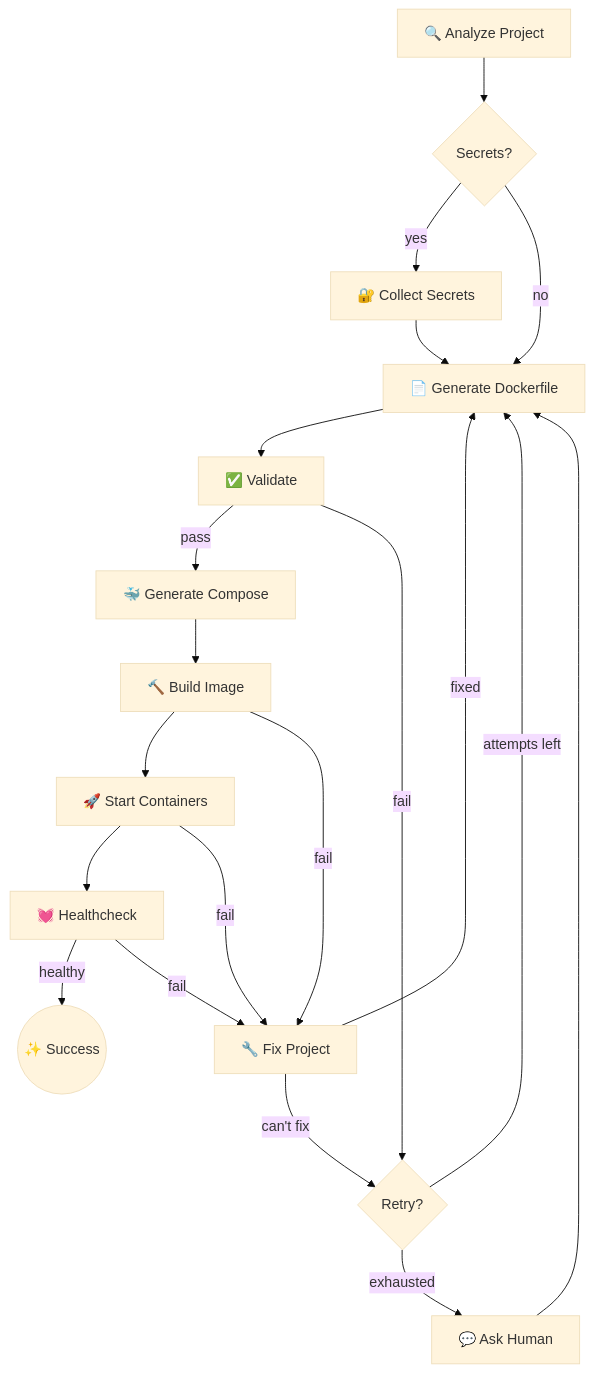
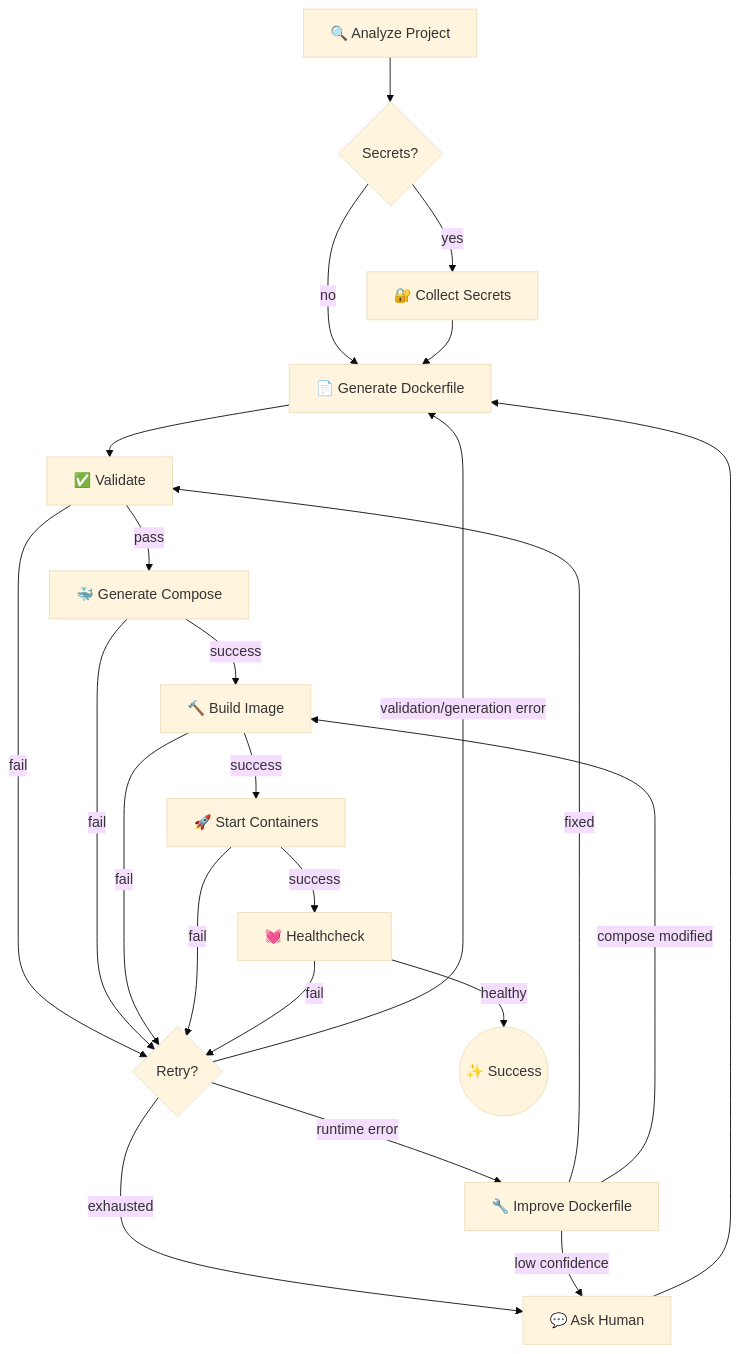
Before and after one commit to wunderlabs-dev/wunderunner: the diagram in README.md, drawn with Mermaid (base theme). The commit also changed other lines of this file, not shown here.

Commit message:
Update workflow diagram to match current implementation
- Add Validate node between Dockerfile and Services
- Show all failure paths going through RetryOrHint
- Add ImproveDockerfile node for runtime error handling
- Show conditional routing (compose modified → Build, else → Validate)
- Update Runtime Healing section to describe ImproveDockerfile agent

🤖 Generated with [Claude Code](https://claude.com/claude-code)

````diff
--- a/README.md
+++ b/README.md
@@ -57,26 +57,29 @@
 ```mermaid
 flowchart TD
     Analyze[🔍 Analyze Project] --> secrets{Secrets?}
     secrets -->|yes| CollectSecrets[🔐 Collect Secrets]
     secrets -->|no| Dockerfile
     CollectSecrets --> Dockerfile
 
     Dockerfile[📄 Generate Dockerfile] --> Validate[✅ Validate]
     Validate -->|pass| Services[🐳 Generate Compose]
-    Services --> Build[🔨 Build Image]
-    Build --> Start[🚀 Start Containers]
-    Start --> Healthcheck[💓 Healthcheck]
+    Validate -->|fail| RetryOrHint
+    Services -->|success| Build[🔨 Build Image]
+    Services -->|fail| RetryOrHint
+    Build -->|success| Start[🚀 Start Containers]
+    Build -->|fail| RetryOrHint
+    Start -->|success| Healthcheck[💓 Healthcheck]
+    Start -->|fail| RetryOrHint
     Healthcheck -->|healthy| Success((✨ Success))
+    Healthcheck -->|fail| RetryOrHint
 
-    Validate -->|fail| RetryOrHint
-    Build -->|fail| FixProject[🔧 Fix Project]
-    Start -->|fail| FixProject
-    Healthcheck -->|fail| FixProject
+    RetryOrHint{Retry?} -->|validation/generation error| Dockerfile
+    RetryOrHint -->|runtime error| ImproveDockerfile[🔧 Improve Dockerfile]
+    RetryOrHint -->|exhausted| HumanHint[💬 Ask Human]
 
-    FixProject -->|fixed| Dockerfile
-    FixProject -->|can't fix| RetryOrHint
+    ImproveDockerfile -->|fixed| Validate
+    ImproveDockerfile -->|compose modified| Build
+    ImproveDockerfile -->|low confidence| HumanHint
 
-    RetryOrHint{Retry?} -->|attempts left| Dockerfile
-    RetryOrHint -->|exhausted| HumanHint[💬 Ask Human]
     HumanHint --> Dockerfile
 ```
````
